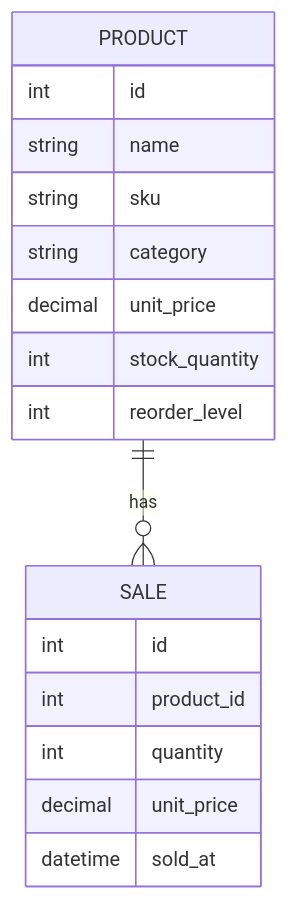
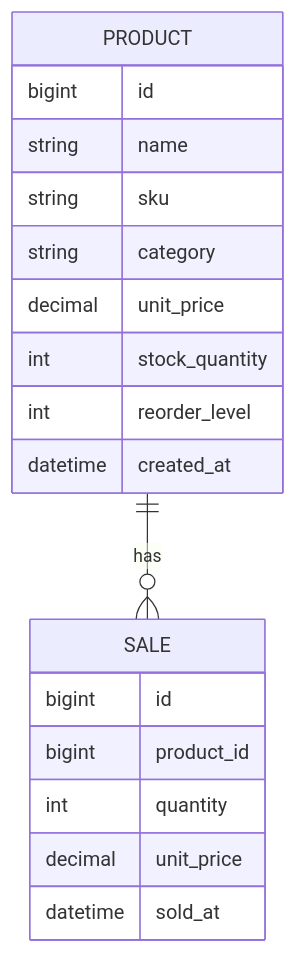
One commit to ankitha768/smart-store-inventory-analytics changed the second of 2 diagrams in README.md. Above: the diagram before and after it, drawn with Mermaid. The commit also changed other lines of this file, not shown here.

````diff
--- a/README.md
+++ b/README.md
@@ -314,20 +605,21 @@
 ```mermaid
 erDiagram
     PRODUCT ||--o{ SALE : has
     PRODUCT {
-        int id
+        bigint id
         string name
         string sku
         string category
         decimal unit_price
         int stock_quantity
         int reorder_level
+        datetime created_at
     }
     SALE {
-        int id
-        int product_id
+        bigint id
+        bigint product_id
         int quantity
         decimal unit_price
         datetime sold_at
     }
 ```
````
